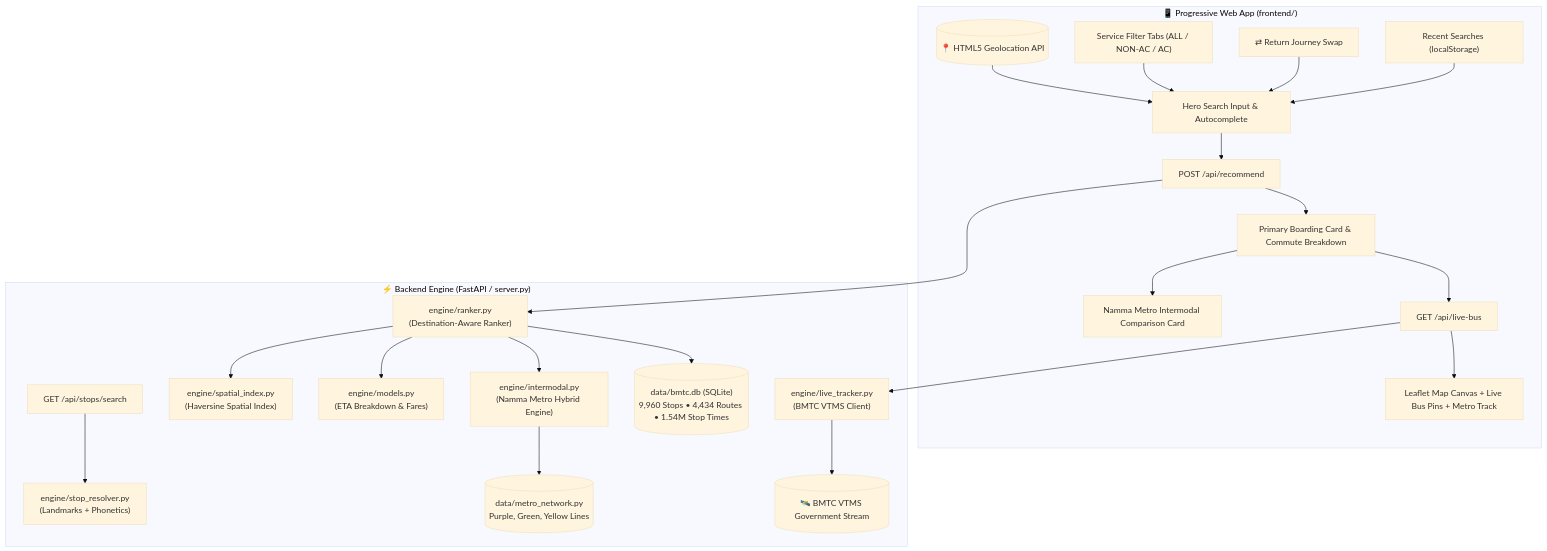
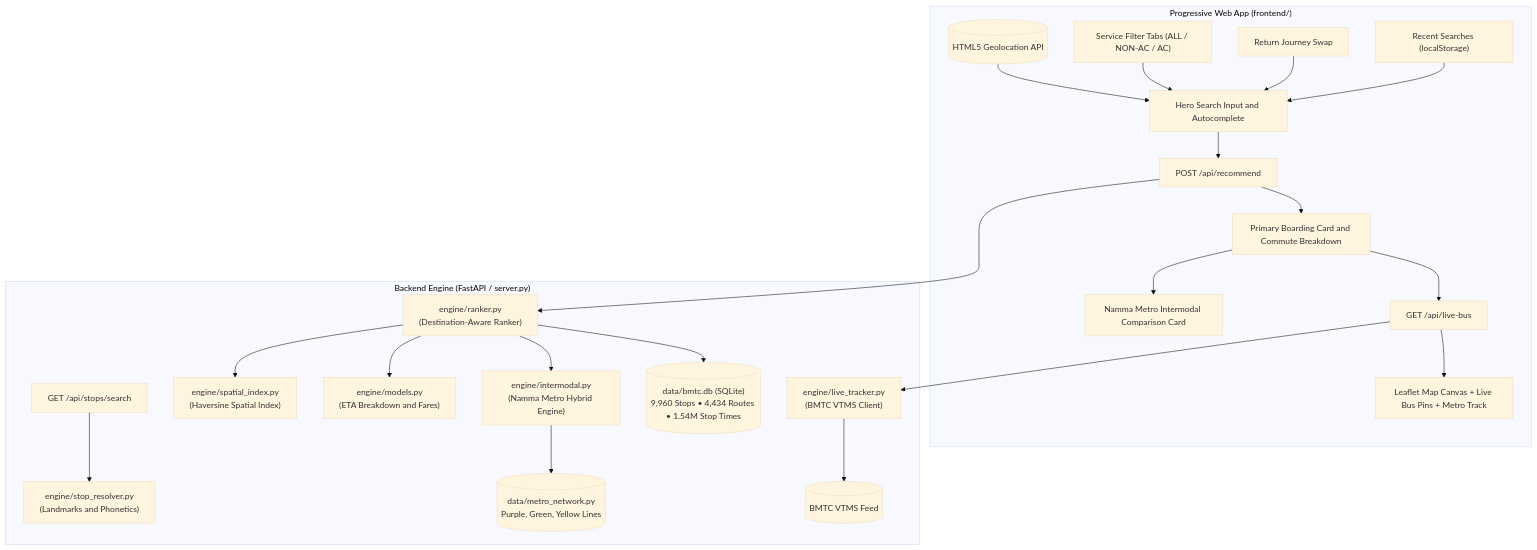
Before and after one commit to Shreyas0047/NammaBMTC-Navigator: the diagram in README.md, drawn with Mermaid (base theme). The commit also changed other lines of this file, not shown here.

````diff
--- a/README.md
+++ b/README.md
@@ -94,26 +93,26 @@
 ```mermaid
 flowchart TD
-    subgraph Client["📱 Progressive Web App (frontend/)"]
-        GPS[("📍 HTML5 Geolocation API")] --> Search["Hero Search Input & Autocomplete"]
+    subgraph Client["Progressive Web App (frontend/)"]
+        GPS[("HTML5 Geolocation API")] --> Search["Hero Search Input and Autocomplete"]
         Filter["Service Filter Tabs (ALL / NON-AC / AC)"] --> Search
-        Swap["⇄ Return Journey Swap"] --> Search
+        Swap["Return Journey Swap"] --> Search
         Recent["Recent Searches (localStorage)"] --> Search
         Search --> RecommendReq["POST /api/recommend"]
-        RecommendReq --> RenderCard["Primary Boarding Card & Commute Breakdown"]
+        RecommendReq --> RenderCard["Primary Boarding Card and Commute Breakdown"]
         RenderCard --> MetroCard["Namma Metro Intermodal Comparison Card"]
         RenderCard --> LiveVTMS["GET /api/live-bus"]
         LiveVTMS --> DynamicMap["Leaflet Map Canvas + Live Bus Pins + Metro Track"]
     end
 
-    subgraph Server["⚡ Backend Engine (FastAPI / server.py)"]
-        SearchStop["GET /api/stops/search"] --> StopResolver["engine/stop_resolver.py\n(Landmarks + Phonetics)"]
+    subgraph Server["Backend Engine (FastAPI / server.py)"]
+        SearchStop["GET /api/stops/search"] --> StopResolver["engine/stop_resolver.py\n(Landmarks and Phonetics)"]
         RecommendReq --> Ranker["engine/ranker.py\n(Destination-Aware Ranker)"]
         Ranker --> Spatial["engine/spatial_index.py\n(Haversine Spatial Index)"]
-        Ranker --> Models["engine/models.py\n(ETA Breakdown & Fares)"]
+        Ranker --> Models["engine/models.py\n(ETA Breakdown and Fares)"]
         Ranker --> Intermodal["engine/intermodal.py\n(Namma Metro Hybrid Engine)"]
         Intermodal --> MetroDB[("data/metro_network.py\nPurple, Green, Yellow Lines")]
         Ranker --> DB[("data/bmtc.db (SQLite)\n9,960 Stops • 4,434 Routes • 1.54M Stop Times")]
         LiveVTMS --> Telemetry["engine/live_tracker.py\n(BMTC VTMS Client)"]
-        Telemetry --> RemoteVTMS[("🛰️ BMTC VTMS Government Stream")]
+        Telemetry --> RemoteVTMS[("BMTC VTMS Feed")]
     end
 ```
````
